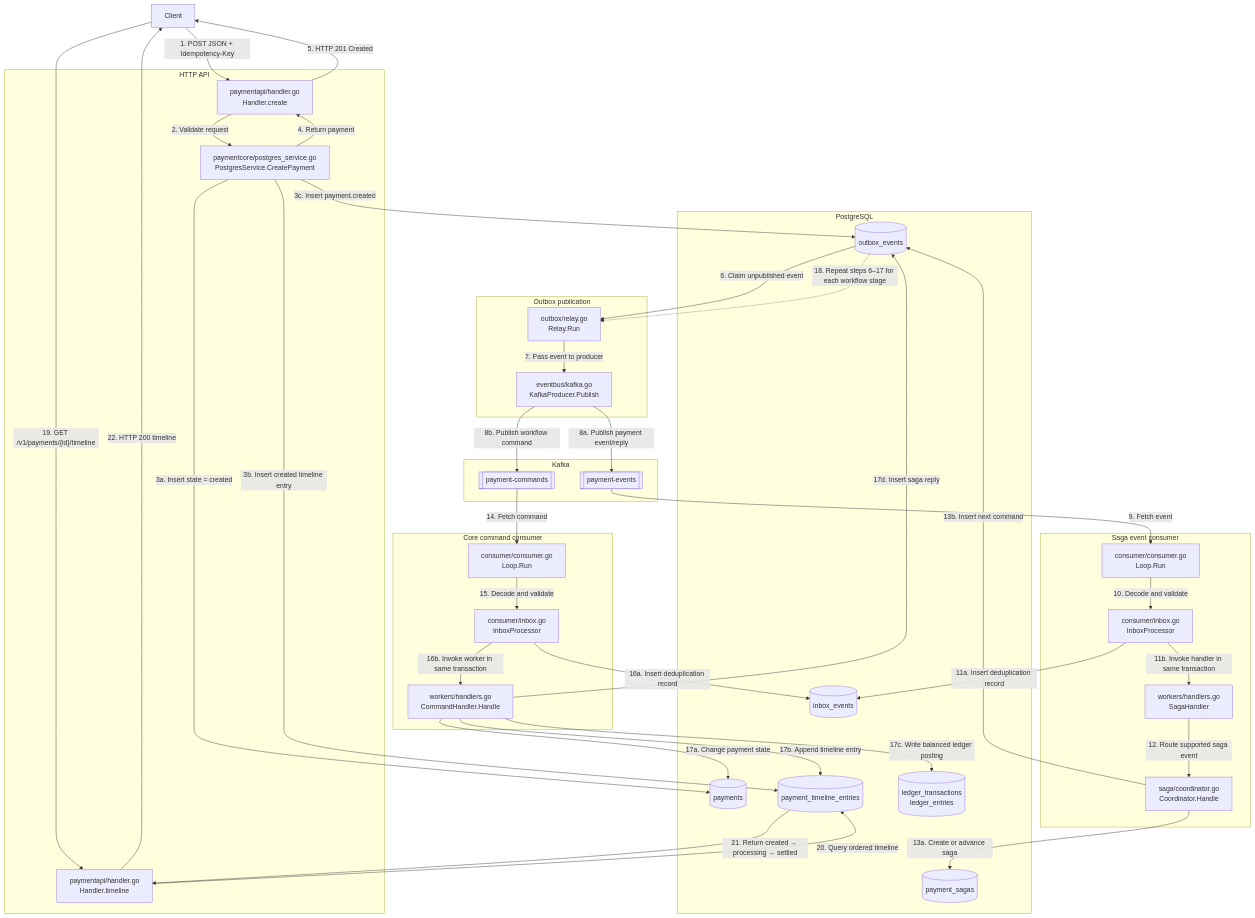
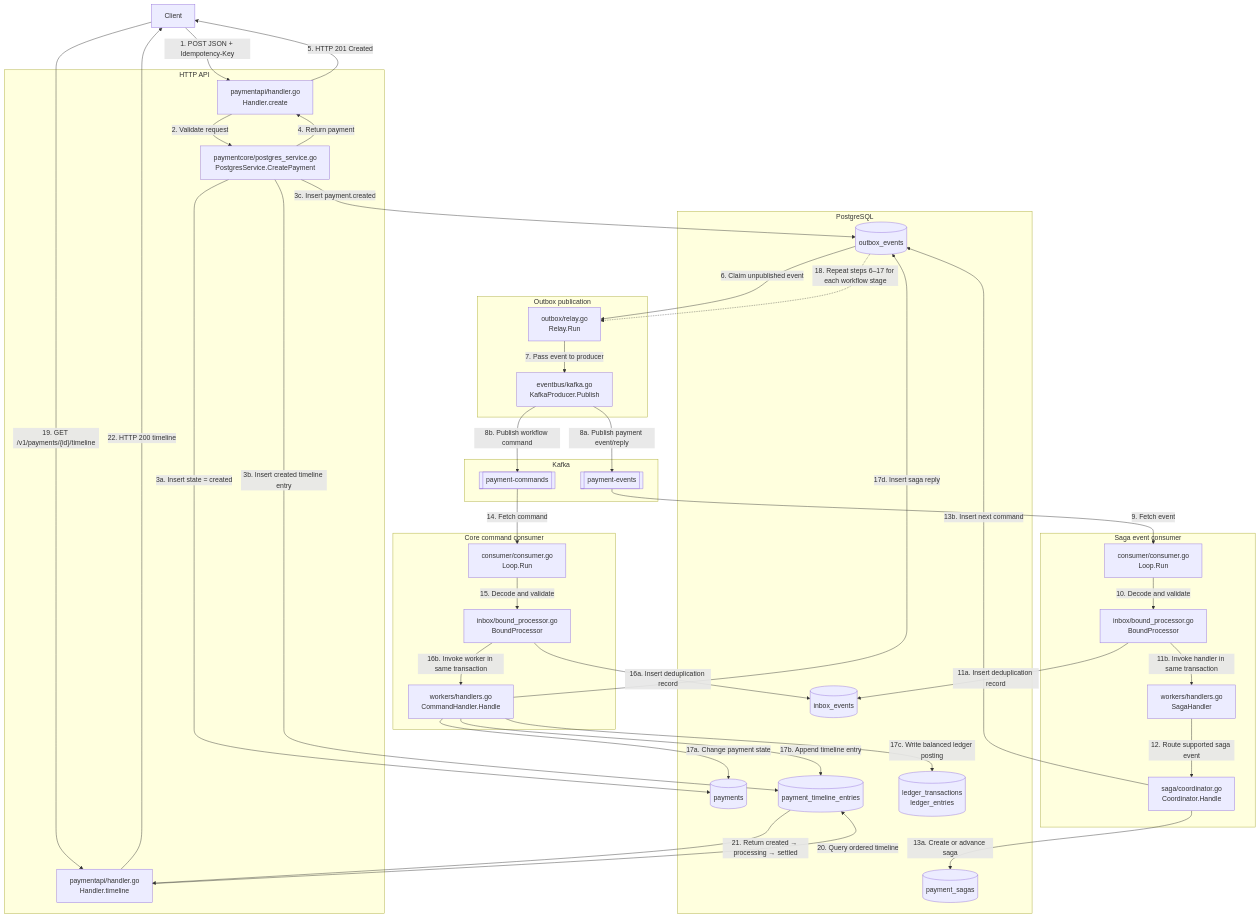
One commit to lancechuangdev/StableRail changed the first of 2 diagrams in README.md. Above: the diagram before and after it, drawn with Mermaid. The commit also changed 4 other files, not shown here.

````diff
--- a/README.md
+++ b/README.md
@@ -50,82 +50,82 @@
 ```mermaid
 flowchart TD
     Client["Client"]
 
     subgraph API["HTTP API"]
         Handler["paymentapi/handler.go<br/>Handler.create"]
         PaymentService["paymentcore/postgres_service.go<br/>PostgresService.CreatePayment"]
         TimelineHandler["paymentapi/handler.go<br/>Handler.timeline"]
     end
 
     subgraph Database["PostgreSQL"]
         Payments[("payments")]
         Timeline[("payment_timeline_entries")]
         Outbox[("outbox_events")]
         Inbox[("inbox_events")]
         Sagas[("payment_sagas")]
         Ledger[("ledger_transactions<br/>ledger_entries")]
     end
 
     subgraph Publication["Outbox publication"]
         Relay["outbox/relay.go<br/>Relay.Run"]
         Producer["eventbus/kafka.go<br/>KafkaProducer.Publish"]
     end
 
     subgraph Kafka["Kafka"]
         PaymentEvents[["payment-events"]]
         PaymentCommands[["payment-commands"]]
     end
 
     subgraph SagaRuntime["Saga event consumer"]
         SagaLoop["consumer/consumer.go<br/>Loop.Run"]
-        SagaInbox["consumer/inbox.go<br/>InboxProcessor"]
+        SagaInbox["inbox/bound_processor.go<br/>BoundProcessor"]
         SagaHandler["workers/handlers.go<br/>SagaHandler"]
         Coordinator["saga/coordinator.go<br/>Coordinator.Handle"]
     end
 
     subgraph CommandRuntime["Core command consumer"]
         CommandLoop["consumer/consumer.go<br/>Loop.Run"]
-        CommandInbox["consumer/inbox.go<br/>InboxProcessor"]
+        CommandInbox["inbox/bound_processor.go<br/>BoundProcessor"]
         Worker["workers/handlers.go<br/>CommandHandler.Handle"]
     end
 
     Client -->|"1. POST JSON + Idempotency-Key"| Handler
     Handler -->|"2. Validate request"| PaymentService
 
     PaymentService -->|"3a. Insert state = created"| Payments
     PaymentService -->|"3b. Insert created timeline entry"| Timeline
     PaymentService -->|"3c. Insert payment.created"| Outbox
     PaymentService -->|"4. Return payment"| Handler
     Handler -->|"5. HTTP 201 Created"| Client
 
     Outbox -->|"6. Claim unpublished event"| Relay
     Relay -->|"7. Pass event to producer"| Producer
     Producer -->|"8a. Publish payment event/reply"| PaymentEvents
     Producer -->|"8b. Publish workflow command"| PaymentCommands
 
     PaymentEvents -->|"9. Fetch event"| SagaLoop
     SagaLoop -->|"10. Decode and validate"| SagaInbox
     SagaInbox -->|"11a. Insert deduplication record"| Inbox
     SagaInbox -->|"11b. Invoke handler in same transaction"| SagaHandler
     SagaHandler -->|"12. Route supported saga event"| Coordinator
 
     Coordinator -->|"13a. Create or advance saga"| Sagas
     Coordinator -->|"13b. Insert next command"| Outbox
 
     PaymentCommands -->|"14. Fetch command"| CommandLoop
     CommandLoop -->|"15. Decode and validate"| CommandInbox
     CommandInbox -->|"16a. Insert deduplication record"| Inbox
     CommandInbox -->|"16b. Invoke worker in same transaction"| Worker
 
     Worker -->|"17a. Change payment state"| Payments
     Worker -->|"17b. Append timeline entry"| Timeline
     Worker -->|"17c. Write balanced ledger posting"| Ledger
     Worker -->|"17d. Insert saga reply"| Outbox
 
     Outbox -.->|"18. Repeat steps 6–17 for each workflow stage"| Relay
 
     Client -->|"19. GET /v1/payments/{id}/timeline"| TimelineHandler
     TimelineHandler -->|"20. Query ordered timeline"| Timeline
     Timeline -->|"21. Return created → processing → settled"| TimelineHandler
     TimelineHandler -->|"22. HTTP 200 timeline"| Client
 ```
````
